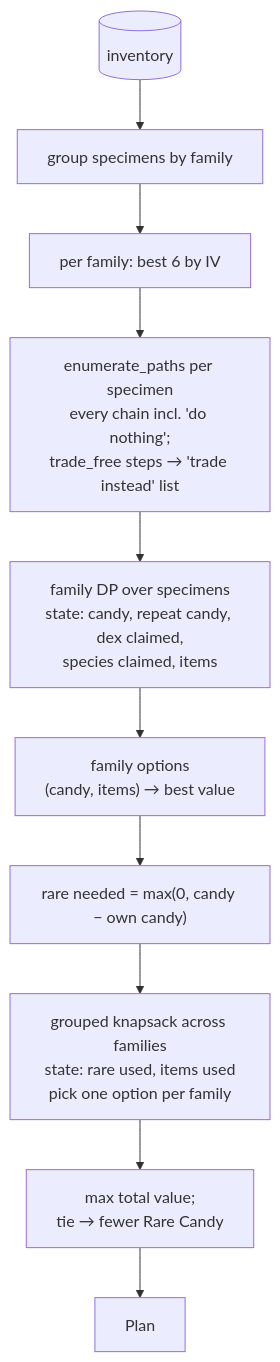
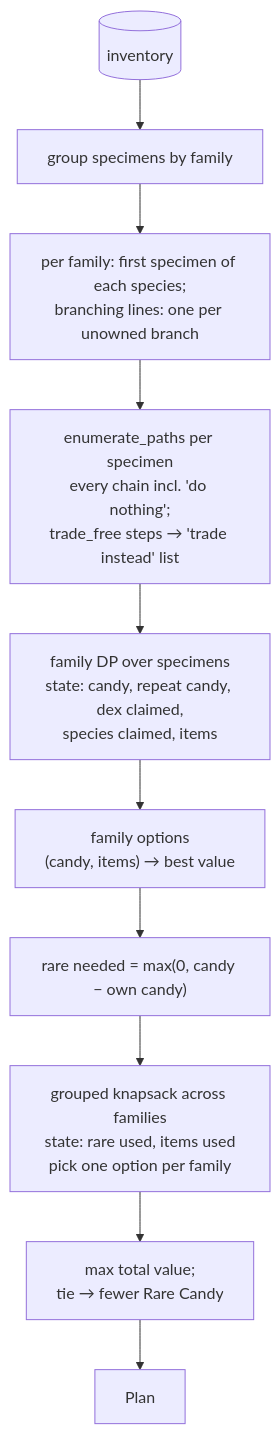
Before and after one commit to kaustubhagarwal18/pogo-evo-planner: the fourth of 4 diagrams in docs/ARCHITECTURE.md, drawn with Mermaid. The commit also changed other lines of this file and 14 other files, not shown here.

````diff
--- a/docs/ARCHITECTURE.md
+++ b/docs/ARCHITECTURE.md
@@ -152,12 +152,12 @@
 ```mermaid
 flowchart TD
     INV[(inventory)] --> GRP[group specimens by family]
-    GRP --> CAP[per family: best 6 by IV]
+    GRP --> CAP[per family: first specimen of each species;<br/>branching lines: one per unowned branch]
     CAP --> EN[enumerate_paths per specimen<br/>every chain incl. 'do nothing';<br/>trade_free steps → 'trade instead' list]
     EN --> FDP["family DP over specimens<br/>state: candy, repeat candy, dex claimed,<br/>species claimed, items"]
     FDP --> OPT["family options<br/>(candy, items) → best value"]
     OPT --> RC["rare needed = max(0, candy − own candy)"]
     RC --> KS["grouped knapsack across families<br/>state: rare used, items used<br/>pick one option per family"]
     KS --> BEST["max total value;<br/>tie → fewer Rare Candy"]
     BEST --> OUT[Plan]
 ```
````
